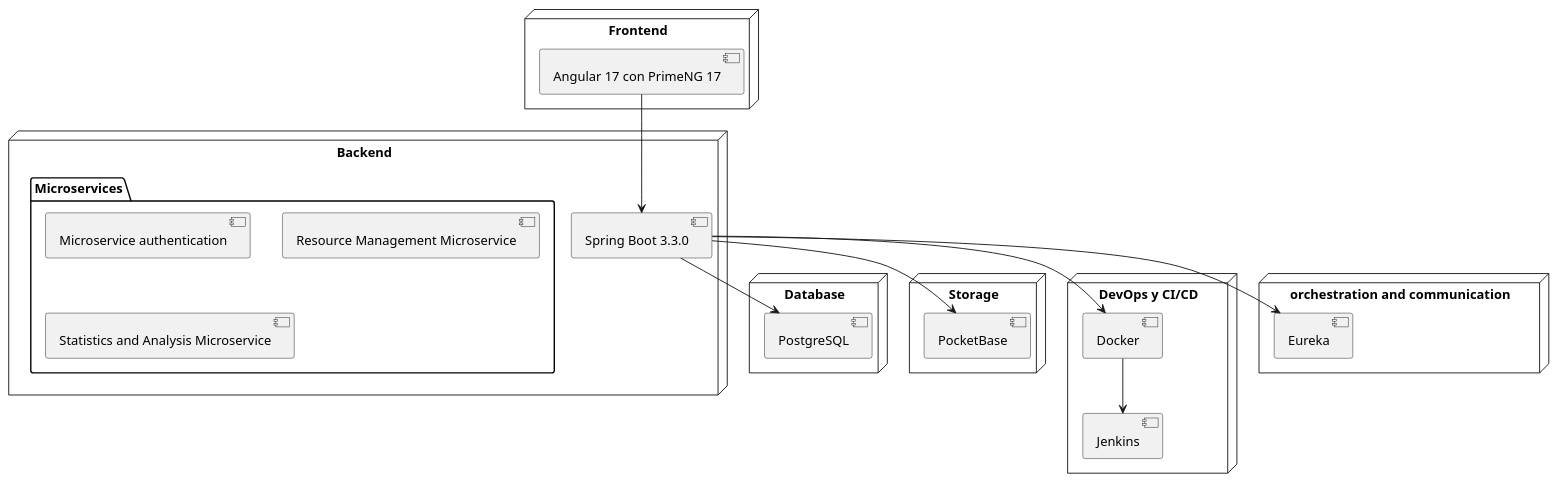
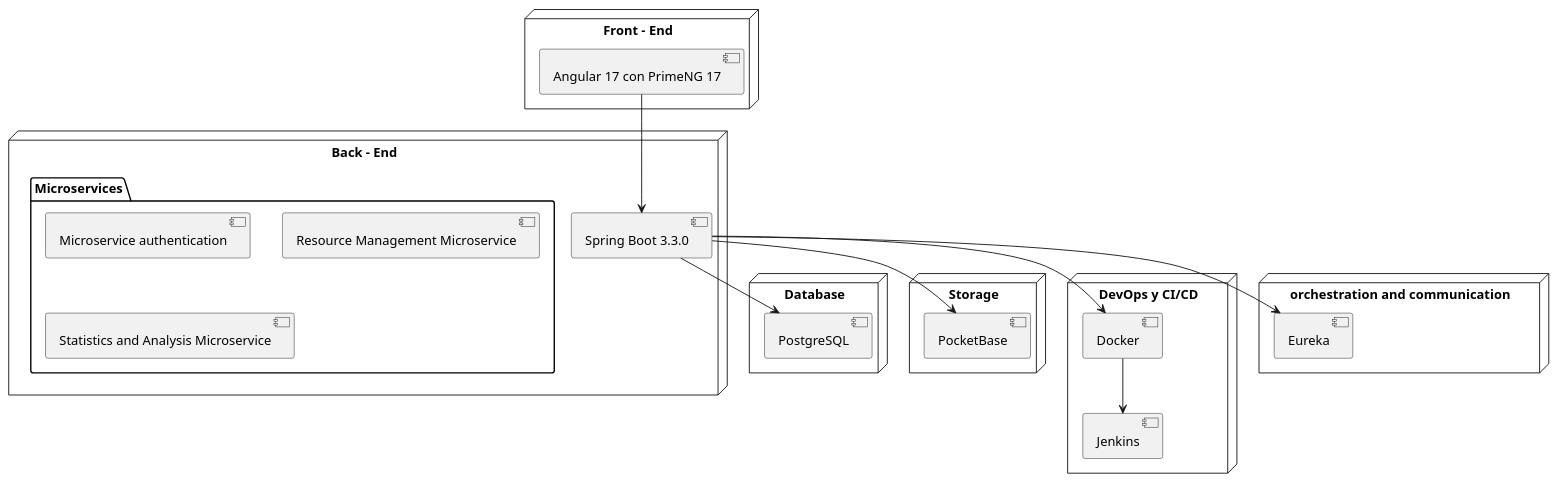
Before and after one commit to ANTHONYPACHAY/repo_devops: the diagram in diagrams/arquitectura.puml, drawn with PlantUML. The commit also changed 16 other files, not shown here.

```diff
--- a/diagrams/arquitectura.puml
+++ b/diagrams/arquitectura.puml
@@ -1,38 +1,38 @@
 @startuml
-node "Frontend" {
+node "Front - End" {
     [Angular 17 con PrimeNG 17]
 }
 
-node "Backend" {
+node "Back - End" {
     [Spring Boot 3.3.0]
     package "Microservices" {
     [Microservice authentication] as m1
     [Resource Management Microservice] as m2
     [Statistics and Analysis Microservice] as m3
     }
 }
 
 node "Database" {
     [PostgreSQL]
 }
 
 node "Storage" {
     [PocketBase]
 }
 
 node "DevOps y CI/CD" {
     [Docker]
     [Jenkins]
 }
 
 node "orchestration and communication" {
     [Eureka]
 }
 
 [Angular 17 con PrimeNG 17] --> [Spring Boot 3.3.0]
 [Spring Boot 3.3.0] --> [PostgreSQL]
 [Spring Boot 3.3.0] --> [PocketBase]
 [Spring Boot 3.3.0] --> [Docker]
 [Docker] --> [Jenkins]
 [Spring Boot 3.3.0] --> [Eureka]
 @enduml
```
